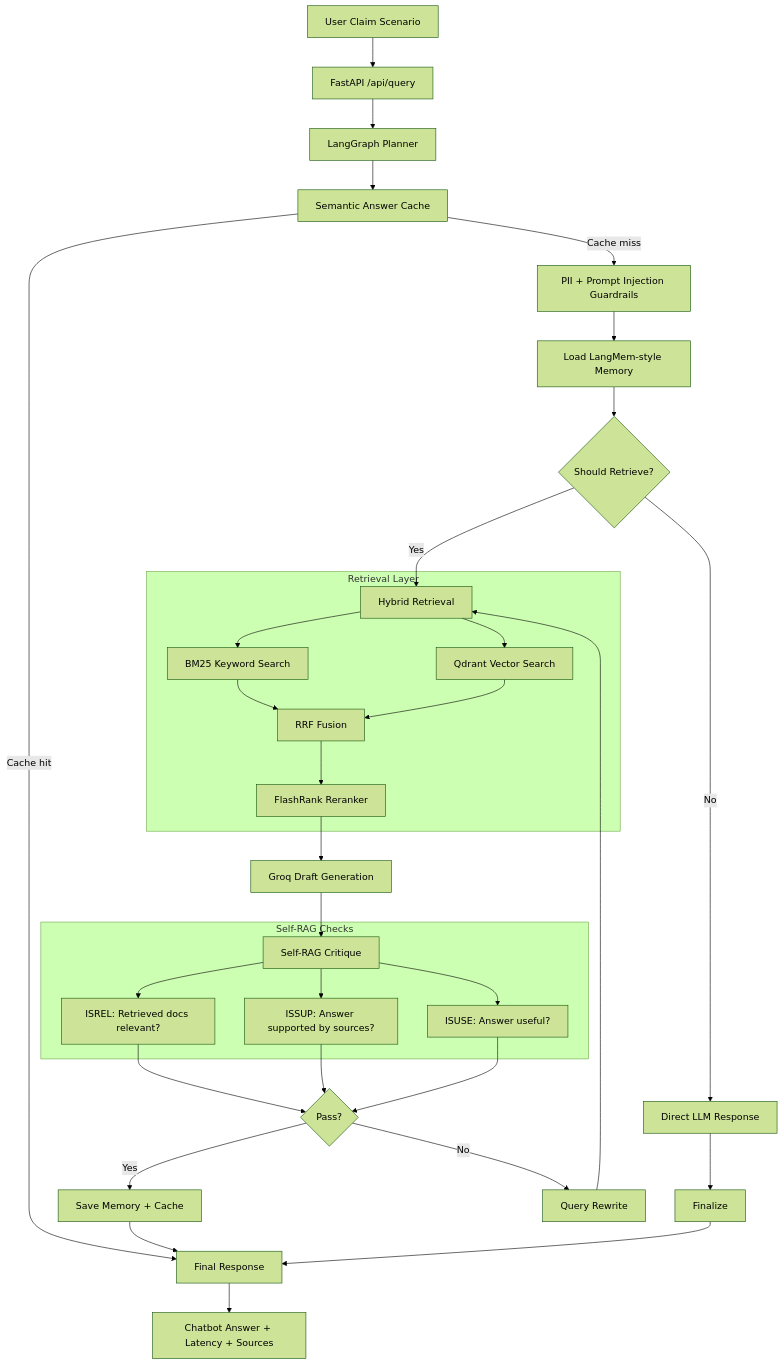
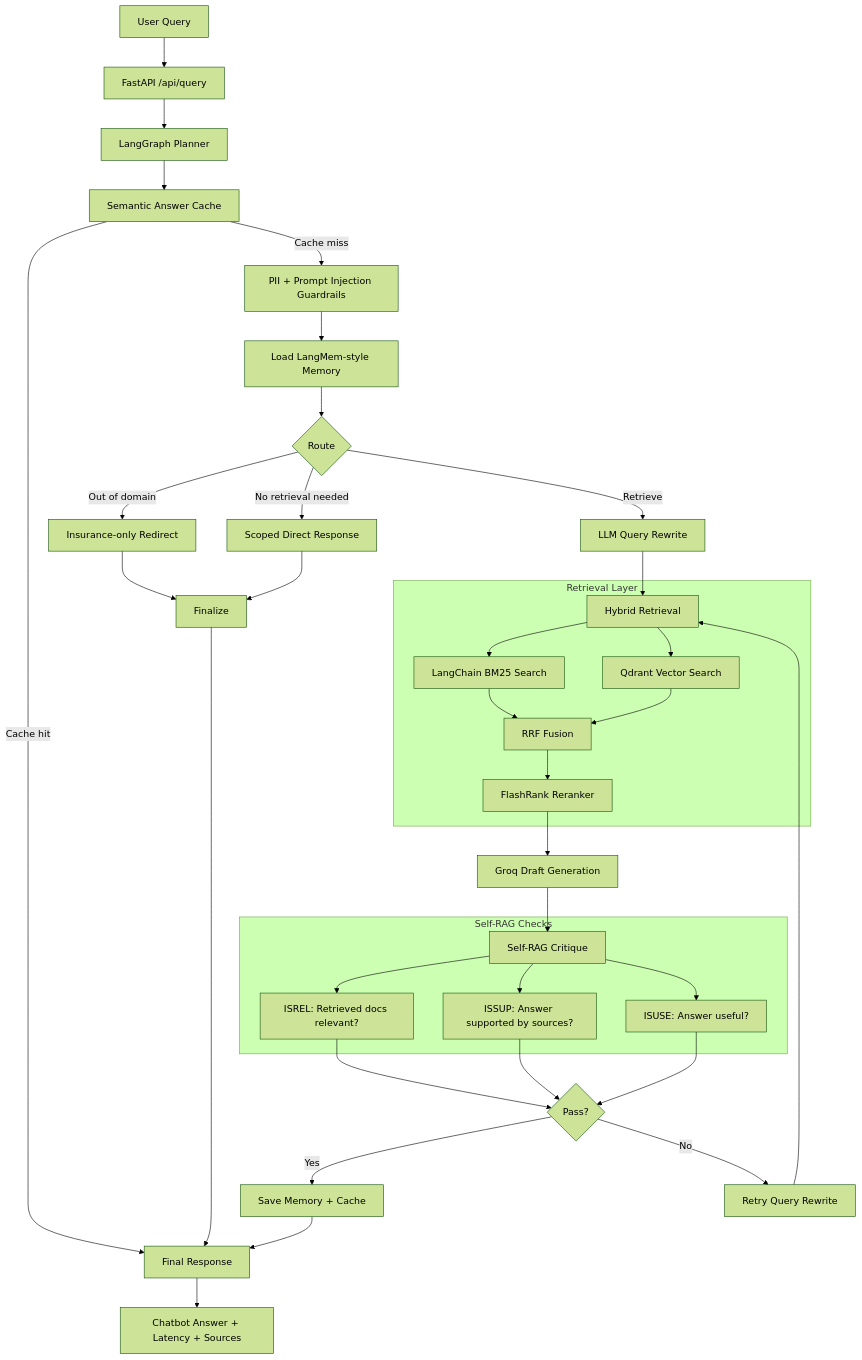
Before and after one commit to Shoaib-33/Insurance-Pilot: the diagram in README.md, drawn with Mermaid (forest theme). The commit also changed other lines of this file, not shown here.

First line of the commit message:
Refine README content and flowchart details

````diff
--- a/README.md
+++ b/README.md
@@ -32,41 +32,44 @@
 ```mermaid
 flowchart TD
-    A[User Claim Scenario] --> B[FastAPI /api/query]
+    A[User Query] --> B[FastAPI /api/query]
     B --> C[LangGraph Planner]
     C --> D[Semantic Answer Cache]
     D -->|Cache hit| Z[Final Response]
     D -->|Cache miss| E[PII + Prompt Injection Guardrails]
     E --> F[Load LangMem-style Memory]
-    F --> G{Should Retrieve?}
-    G -->|No| H[Direct LLM Response]
-    G -->|Yes| I[Hybrid Retrieval]
+    F --> G{Route}
+    G -->|Out of domain| H[Insurance-only Redirect]
+    G -->|No retrieval needed| H2[Scoped Direct Response]
+    G -->|Retrieve| I0[LLM Query Rewrite]
+    I0 --> I[Hybrid Retrieval]
 
     subgraph Retrieval Layer
-        I --> J[BM25 Keyword Search]
+        I --> J[LangChain BM25 Search]
         I --> K[Qdrant Vector Search]
         J --> L[RRF Fusion]
         K --> L
         L --> M[FlashRank Reranker]
     end
 
     M --> N[Groq Draft Generation]
     H --> O[Finalize]
+    H2 --> O
     N --> P[Self-RAG Critique]
 
     subgraph Self-RAG Checks
         P --> Q[ISREL: Retrieved docs relevant?]
         P --> R[ISSUP: Answer supported by sources?]
         P --> S[ISUSE: Answer useful?]
     end
 
     Q --> T{Pass?}
     R --> T
     S --> T
     T -->|Yes| U[Save Memory + Cache]
-    T -->|No| V[Query Rewrite]
+    T -->|No| V[Retry Query Rewrite]
     V --> I
     U --> Z
     O --> Z
 
     Z --> W[Chatbot Answer + Latency + Sources]
 ```
````
